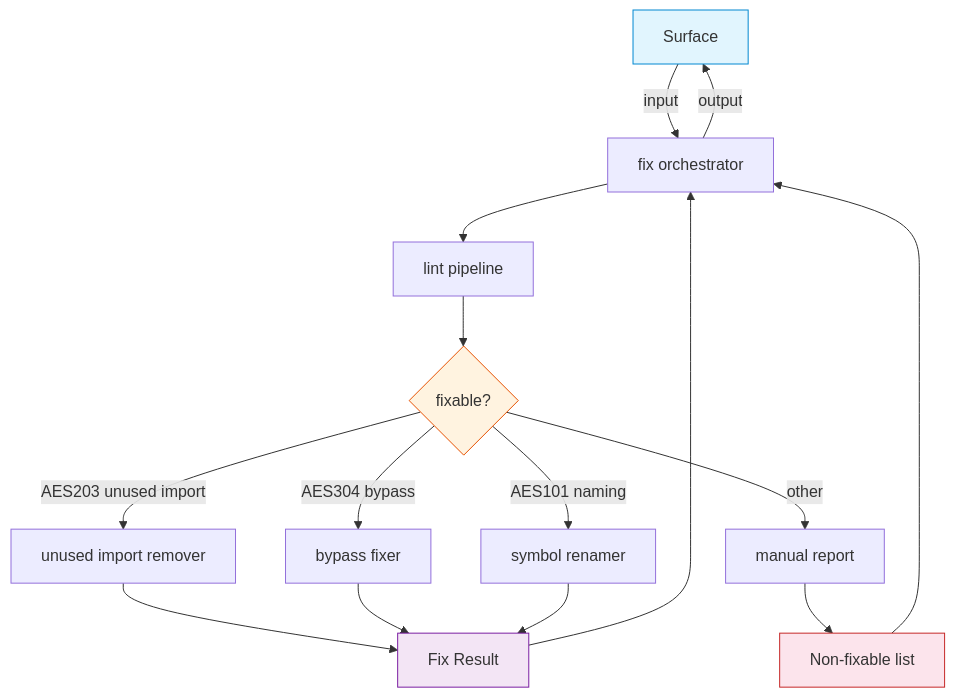
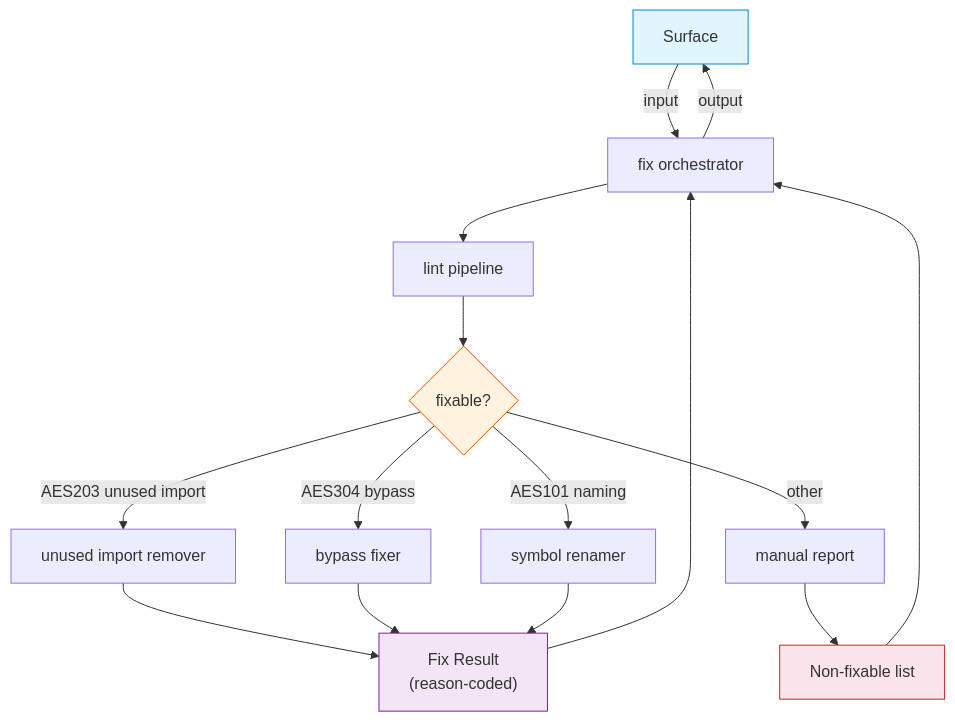
Before and after one commit to rakaarwaky/lint-arwaky: the diagram in crates/auto-fix/FRD.md, drawn with Mermaid. The commit also changed other lines of this file and 24 other files, not shown here.

````diff
--- a/crates/auto-fix/FRD.md
+++ b/crates/auto-fix/FRD.md
@@ -8,25 +32,25 @@
 ```mermaid
 flowchart TD
     A["Surface"] -->|input| B["fix orchestrator"]
     B --> C["lint pipeline"]
     C --> D{"fixable?"}
 
     D -->|"AES203 unused import"| E["unused import remover"]
     D -->|"AES304 bypass"| F["bypass fixer"]
     D -->|"AES101 naming"| G["symbol renamer"]
     D -->|"other"| H["manual report"]
 
-    E --> I["Fix Result"]
+    E --> I["Fix Result\n(reason-coded)"]
     F --> I
     G --> I
     H --> J["Non-fixable list"]
 
     I --> B
     J --> B
     B -->|output| A
 
     style A fill:#e1f5fe,stroke:#0288d1
     style D fill:#fff3e0,stroke:#e65100
     style I fill:#f3e5f5,stroke:#7b1fa2
     style J fill:#fce4ec,stroke:#c62828
 ```
````
